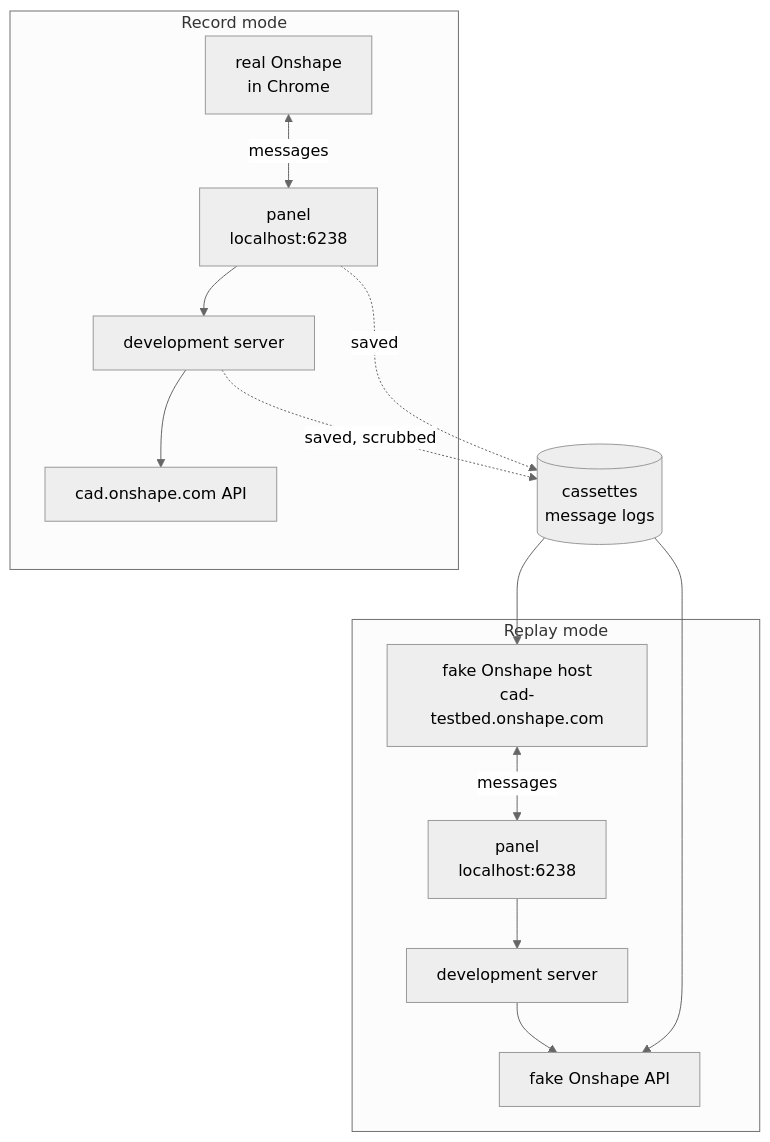
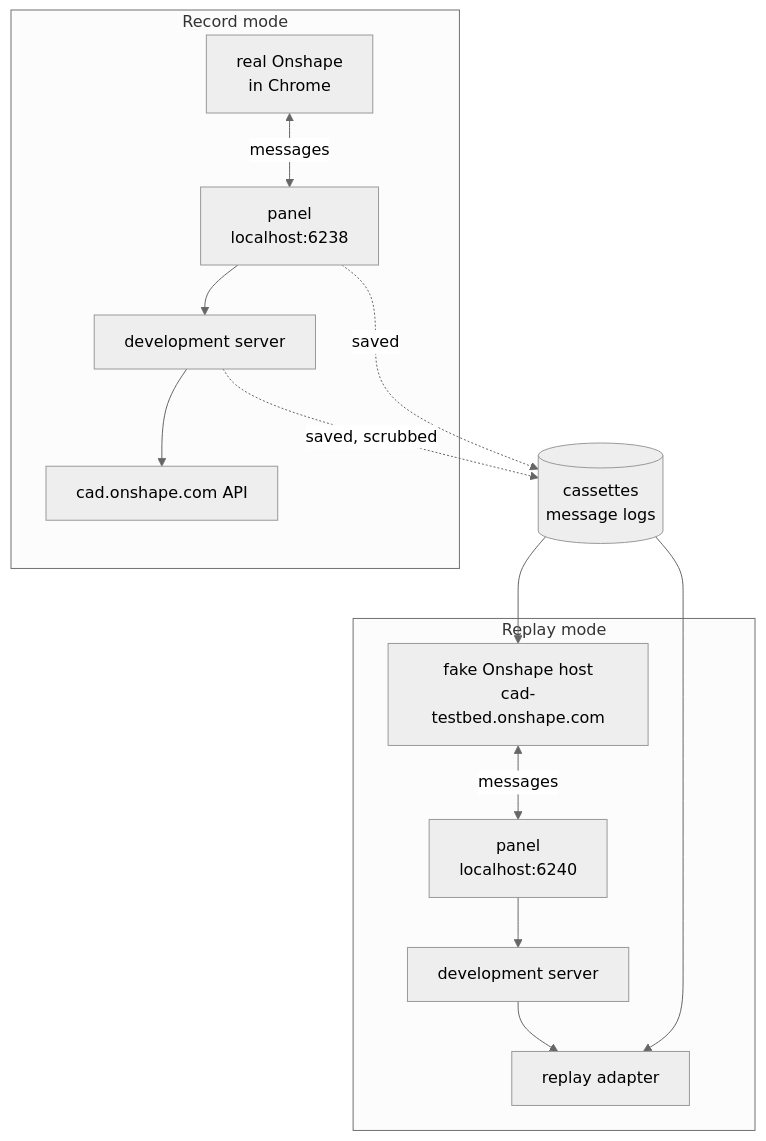
The diagram in specs/2026-10-09-onshape-test-bed-design.md (chondl/PenguinCAM-notes), drawn with Mermaid (neutral theme) before and after one commit. The commit also changed other lines of this file, not shown here.

Commit message:
Onshape test bed spec: fold in the plan reviews (one replay path, scrub blobelements, sign-in replay-only, Playwright 1.63, entities)

````diff
--- a/specs/2026-10-09-onshape-test-bed-design.md
+++ b/specs/2026-10-09-onshape-test-bed-design.md
@@ -150,22 +150,22 @@
 ```mermaid
 flowchart TB
     subgraph replay["Replay mode"]
         host["fake Onshape host<br/>cad-testbed.onshape.com"]
-        p1["panel<br/>localhost:6238"]
+        p1["panel<br/>localhost:6240"]
         host <-->|"messages"| p1
         p1 --> s1["development server"]
-        s1 --> fakeapi["fake Onshape API"]
+        s1 --> fakeapi["replay adapter"]
     end
     subgraph record["Record mode"]
         onshape["real Onshape<br/>in Chrome"]
         p2["panel<br/>localhost:6238"]
         onshape <-->|"messages"| p2
         p2 --> s2["development server"]
         s2 --> real["cad.onshape.com API"]
     end
     store[("cassettes<br/>message logs")]
     p2 -.->|"saved"| store
     s2 -.->|"saved, scrubbed"| store
     store --> host
     store --> fakeapi
 ```
````
